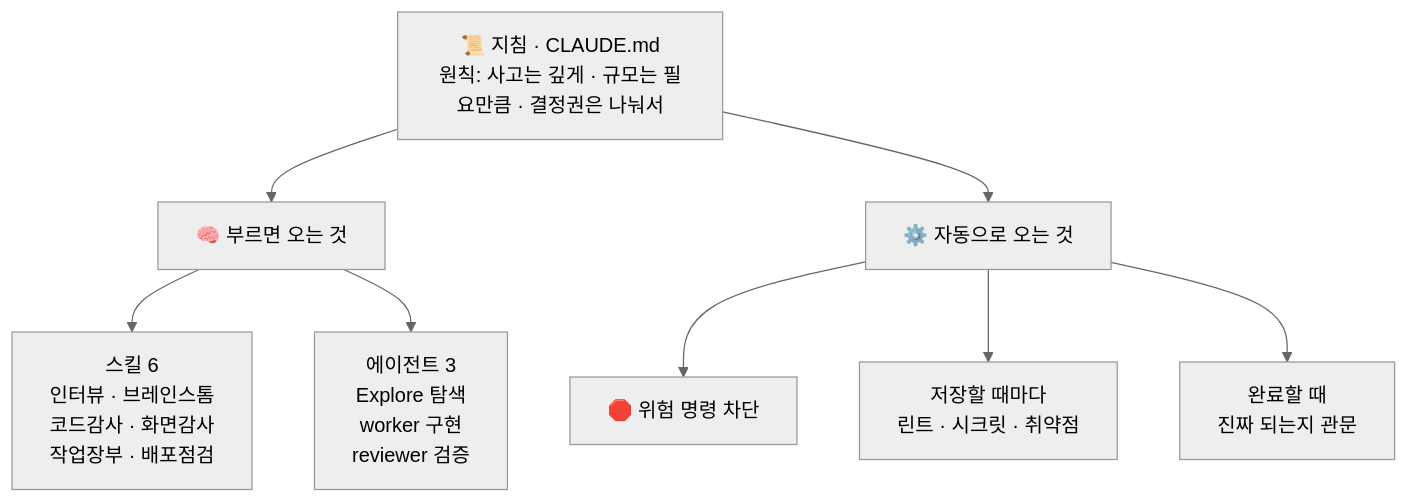
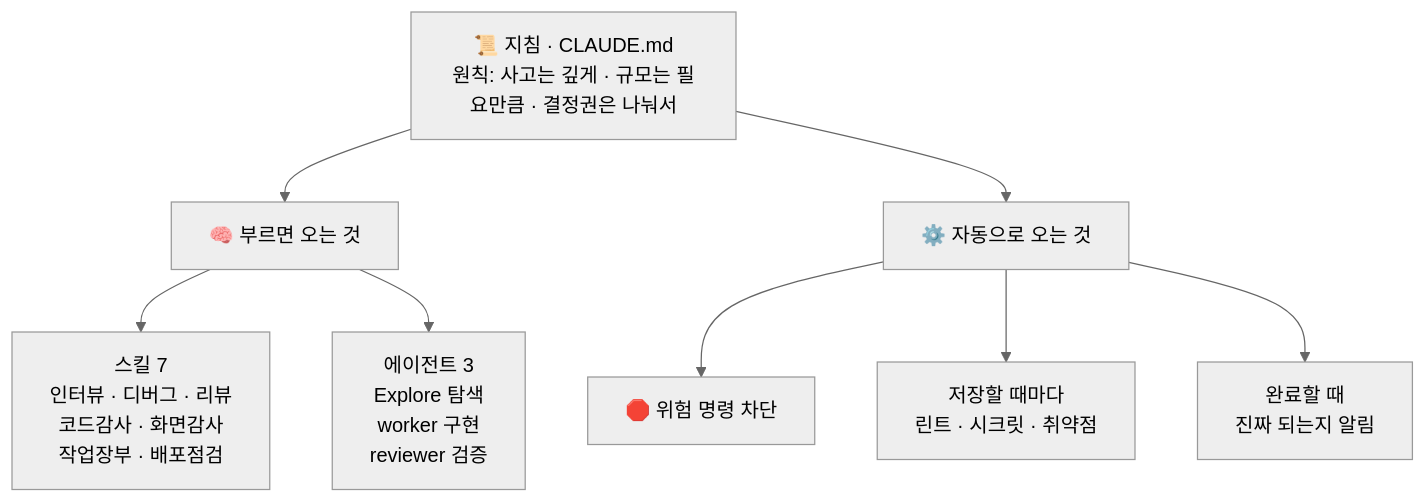
The diagram in README.md (khakisketch/KSI-Claude-Harness), drawn with Mermaid (neutral theme) before and after one commit. The commit also changed other lines of this file and 19 other files, not shown here.

````diff
--- a/README.md
+++ b/README.md
@@ -126,13 +126,13 @@
 ```mermaid
 flowchart TB
     D["📜 지침 · CLAUDE.md<br/>원칙: 사고는 깊게 · 규모는 필요만큼 · 결정권은 나눠서"]
     D --> DEL["🧠 부르면 오는 것"]
     D --> AUT["⚙️ 자동으로 오는 것"]
 
-    DEL --> SK["스킬 6<br/>인터뷰 · 브레인스톰<br/>코드감사 · 화면감사<br/>작업장부 · 배포점검"]
+    DEL --> SK["스킬 7<br/>인터뷰 · 디버그 · 리뷰<br/>코드감사 · 화면감사<br/>작업장부 · 배포점검"]
     DEL --> AG["에이전트 3<br/>Explore 탐색<br/>worker 구현<br/>reviewer 검증"]
 
     AUT --> BA["🛑 위험 명령 차단"]
     AUT --> ED["저장할 때마다<br/>린트 · 시크릿 · 취약점"]
-    AUT --> ST["완료할 때<br/>진짜 되는지 관문"]
+    AUT --> ST["완료할 때<br/>진짜 되는지 알림"]
 ```
````
